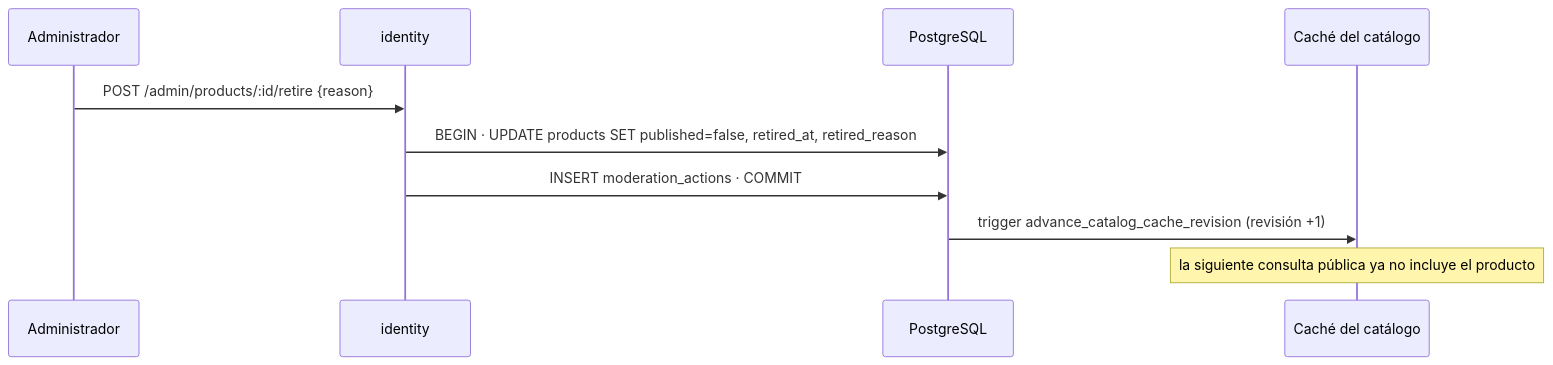
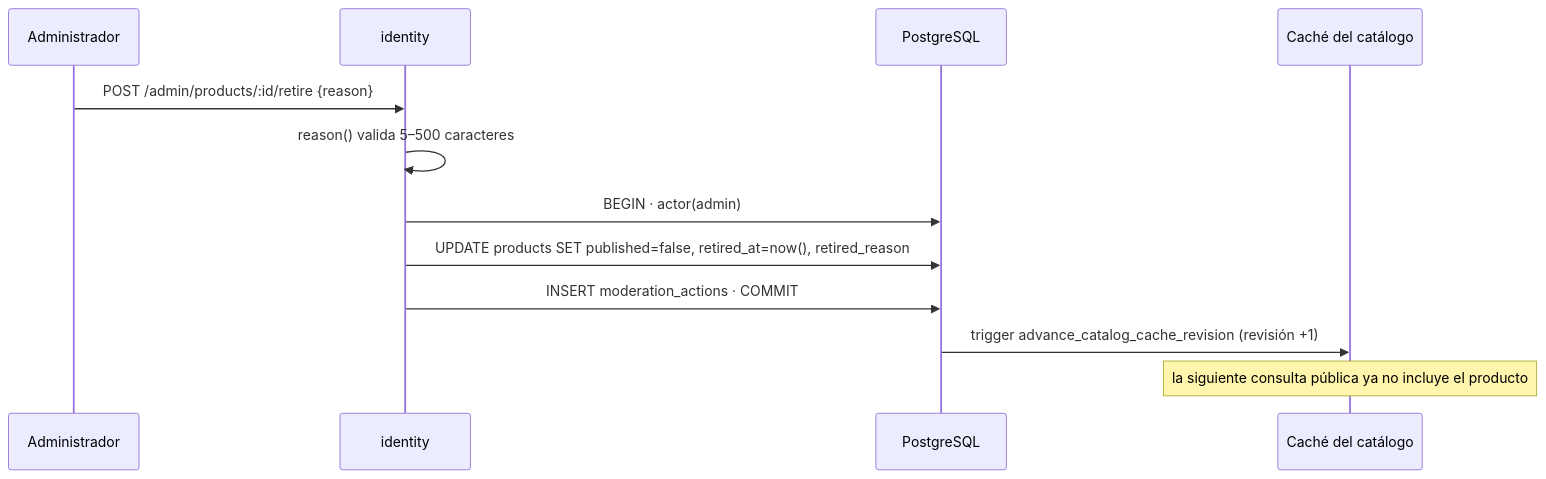
The first of 2 diagrams in docs/sprint-2/sdd/05-moderacion/design.md (Yeltsin-MC/MayoristaPro-B2B-ArquitSoft), drawn with Mermaid before and after one commit. The commit also changed other lines of this file and 2 other files, not shown here.

````diff
--- a/docs/sprint-2/sdd/05-moderacion/design.md
+++ b/docs/sprint-2/sdd/05-moderacion/design.md
@@ -9,12 +67,14 @@
 ```mermaid
 sequenceDiagram
   participant AD as Administrador
   participant API as identity
   participant DB as PostgreSQL
   participant C as Caché del catálogo
   AD->>API: POST /admin/products/:id/retire {reason}
-  API->>DB: BEGIN · UPDATE products SET published=false, retired_at, retired_reason
+  API->>API: reason() valida 5–500 caracteres
+  API->>DB: BEGIN · actor(admin)
+  API->>DB: UPDATE products SET published=false, retired_at=now(), retired_reason
   API->>DB: INSERT moderation_actions · COMMIT
   DB->>C: trigger advance_catalog_cache_revision (revisión +1)
   Note over C: la siguiente consulta pública ya no incluye el producto
 ```
````
